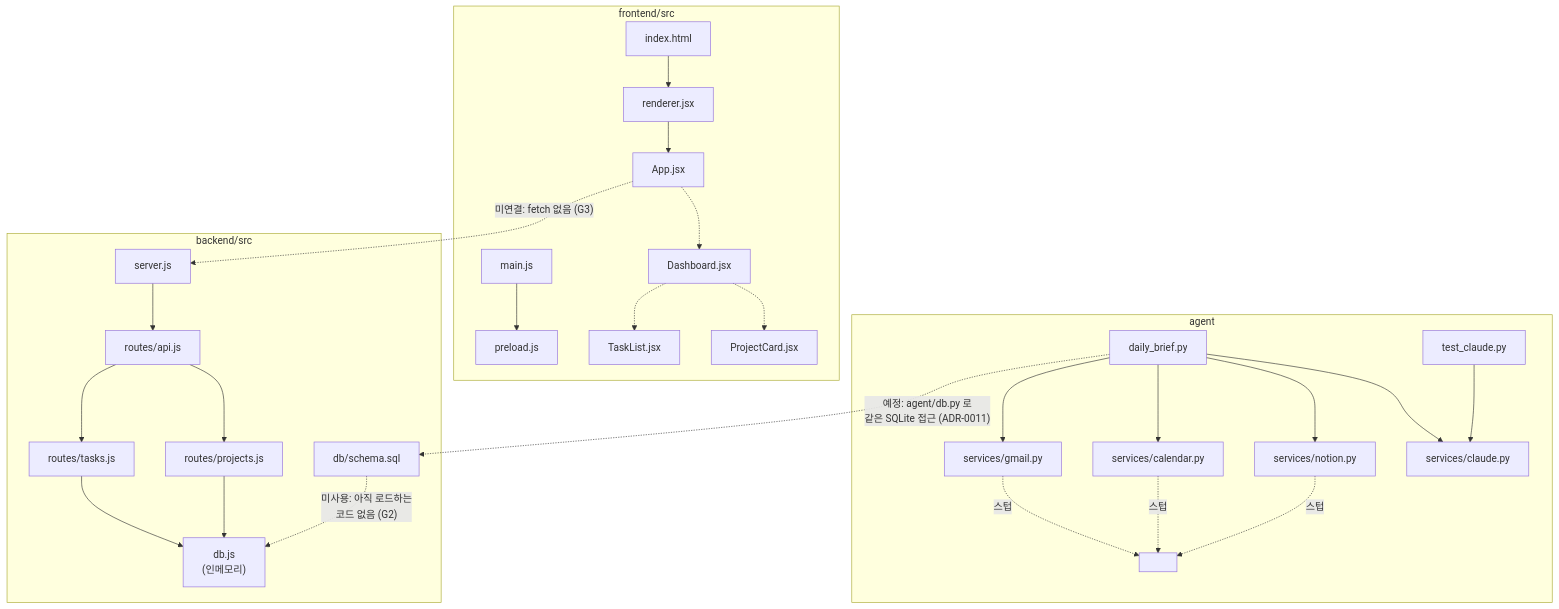
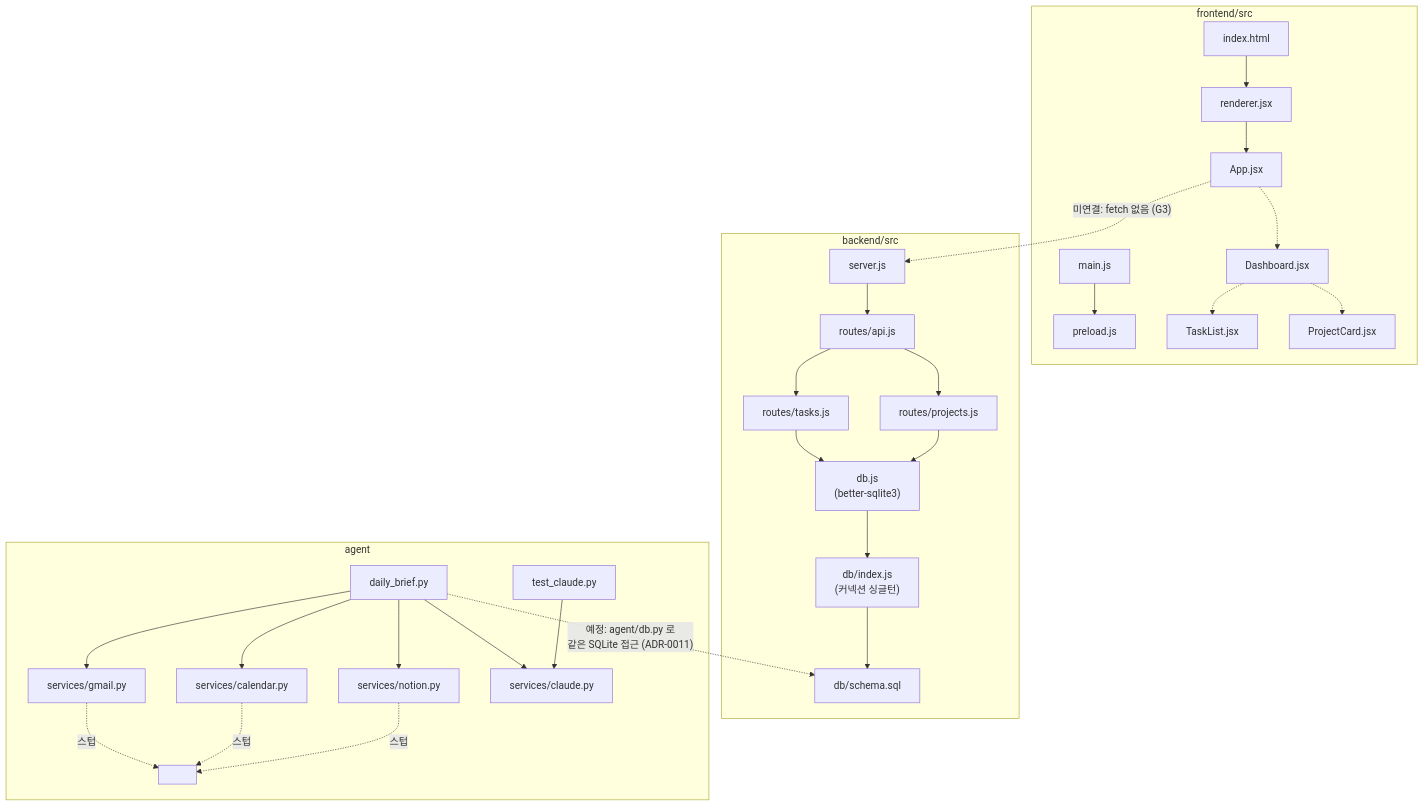
Before and after one commit to gamercross/my-setup-proj: the diagram in docs/product/AS_IS.md, drawn with Mermaid. The commit also changed other lines of this file and 16 other files, not shown here.

First line of the commit message:
feat: Phase B2 — db.js 를 better-sqlite3 로 교체 (G2 해소, FR-TASK-05)

````diff
--- a/docs/product/AS_IS.md
+++ b/docs/product/AS_IS.md
@@ -93,34 +93,35 @@
 ```mermaid
 flowchart TB
   subgraph FE["frontend/src"]
     MAIN["main.js"] --> PRE["preload.js"]
     IDX["index.html"] --> RJX["renderer.jsx"]
     RJX --> APP["App.jsx"]
     APP -.-> DASH["Dashboard.jsx"]
     DASH -.-> TL["TaskList.jsx"]
     DASH -.-> PC["ProjectCard.jsx"]
   end
 
   subgraph BE["backend/src"]
     SRV["server.js"] --> AR["routes/api.js"]
     AR --> TR["routes/tasks.js"]
     AR --> PR["routes/projects.js"]
-    TR --> DBJS["db.js<br/>(인메모리)"]
+    TR --> DBJS["db.js<br/>(better-sqlite3)"]
     PR --> DBJS
-    SCHEMA["db/schema.sql"] -. "미사용: 아직 로드하는<br/>코드 없음 (G2)" .-> DBJS
+    DBJS --> DBIDX["db/index.js<br/>(커넥션 싱글턴)"]
+    DBIDX --> SCHEMA["db/schema.sql"]
   end
 
   subgraph AGT["agent"]
     DBF["daily_brief.py"] --> SGM["services/gmail.py"]
     DBF --> SCA["services/calendar.py"]
     DBF --> SNO["services/notion.py"]
     DBF --> SCL["services/claude.py"]
     TCL["test_claude.py"] --> SCL
     SGM -. "스텁" .-> X1[" "]
     SCA -. "스텁" .-> X1
     SNO -. "스텁" .-> X1
   end
 
   APP -. "미연결: fetch 없음 (G3)" .-> SRV
   DBF -. "예정: agent/db.py 로<br/>같은 SQLite 접근 (ADR-0011)" .-> SCHEMA
 ```
````
